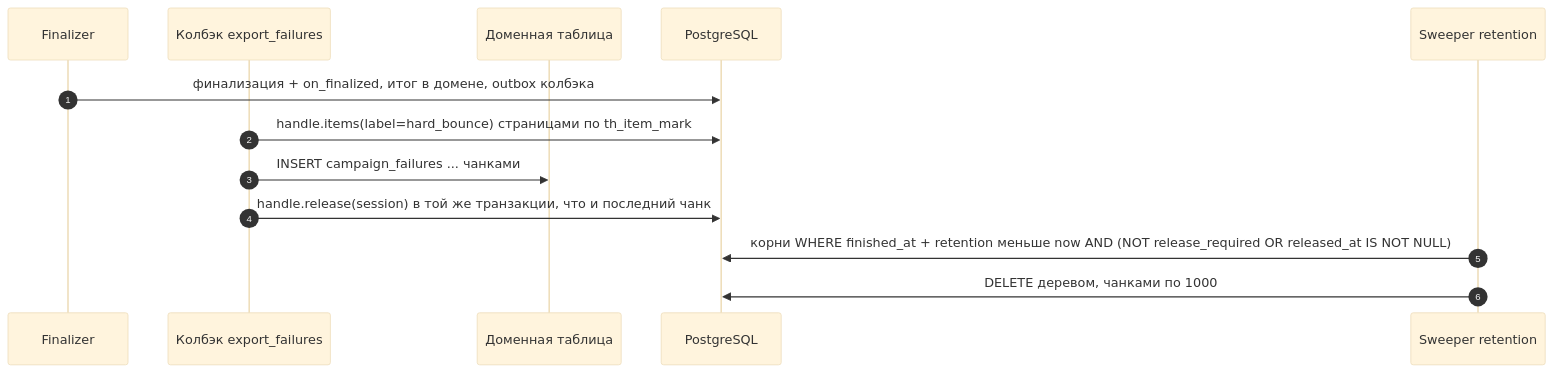
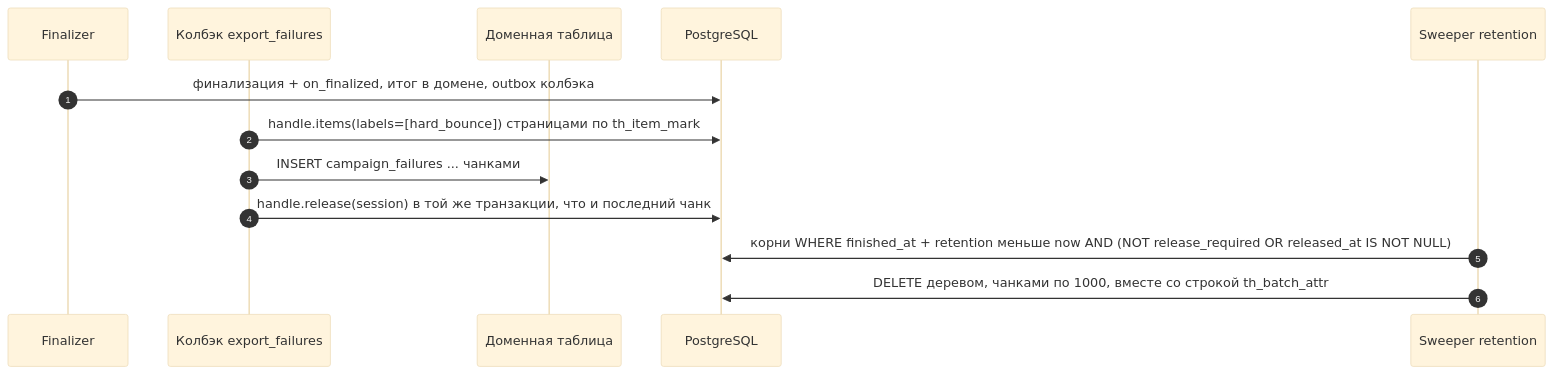
One commit to 0cherednoq/Tallyho changed diagram 26 of 39 in docs/ARCHITECTURE.md. Above: the diagram before and after it, drawn with Mermaid (base theme). The commit also changed other lines of this file, not shown here.

First line of the commit message:
T13.0: описать атрибуты, листинг и экспорт исходов в ARCHITECTURE

````diff
--- a/docs/ARCHITECTURE.md
+++ b/docs/ARCHITECTURE.md
@@ -1159,16 +1187,16 @@
 ```mermaid
 sequenceDiagram
     autonumber
     participant F as Finalizer
     participant CB as Колбэк export_failures
     participant D as Доменная таблица
     participant DB as PostgreSQL
     participant SW as Sweeper retention
 
     F->>DB: финализация + on_finalized, итог в домене, outbox колбэка
-    CB->>DB: handle.items(label=hard_bounce) страницами по th_item_mark
+    CB->>DB: handle.items(labels=[hard_bounce]) страницами по th_item_mark
     CB->>D: INSERT campaign_failures ... чанками
     CB->>DB: handle.release(session) в той же транзакции, что и последний чанк
     SW->>DB: корни WHERE finished_at + retention меньше now AND (NOT release_required OR released_at IS NOT NULL)
-    SW->>DB: DELETE деревом, чанками по 1000
+    SW->>DB: DELETE деревом, чанками по 1000, вместе со строкой th_batch_attr
 ```
````
